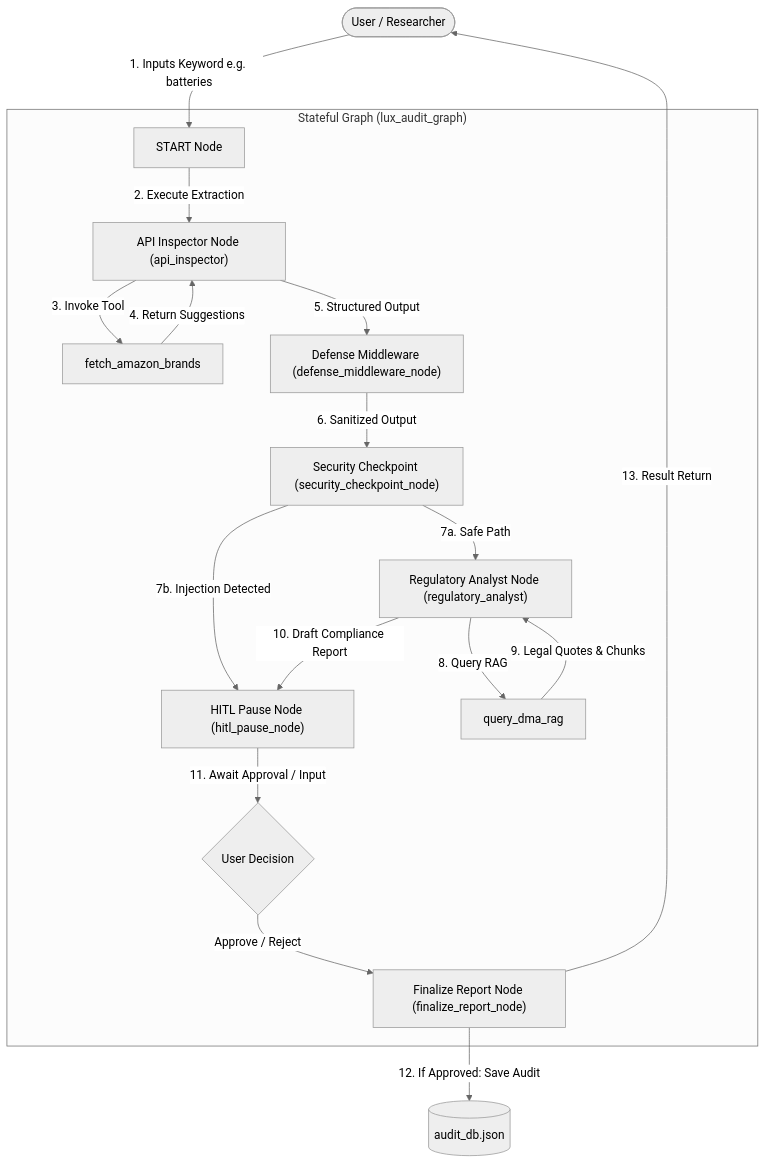
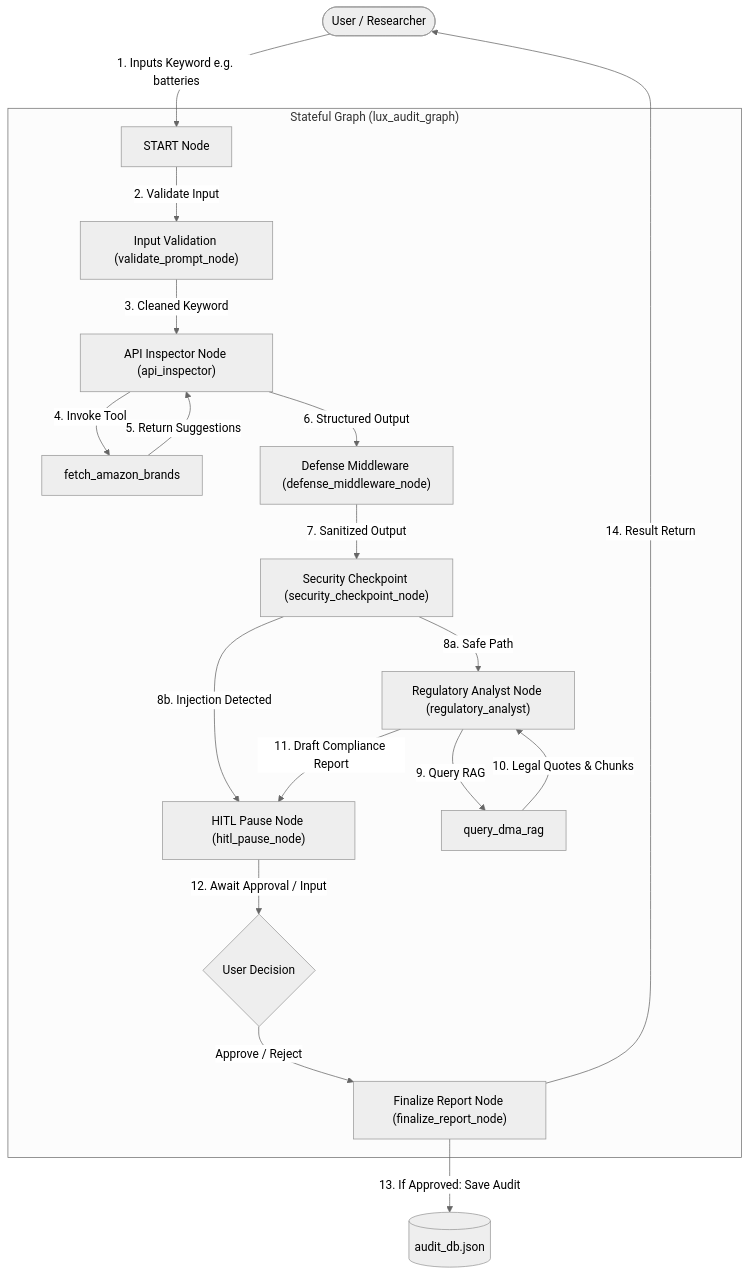
One commit to tinhct/lux-agent changed the diagram in README.md. Above: the diagram before and after it, drawn with Mermaid (neutral theme). The commit also changed other lines of this file, not shown here.

Commit message:
Update README architecture diagram and safeguards to include validate_prompt_node

````diff
--- a/README.md
+++ b/README.md
@@ -50,25 +50,26 @@
 ```mermaid
 graph TD
     User([User / Researcher]) -->|1. Inputs Keyword e.g. batteries| START
     
     subgraph Workflow ["Stateful Graph (lux_audit_graph)"]
-        START[START Node] -->|2. Execute Extraction| API["API Inspector Node (api_inspector)"]
-        API -->|3. Invoke Tool| Tool1["fetch_amazon_brands"]
-        Tool1 -->|4. Return Suggestions| API
-        API -->|5. Structured Output| DM["Defense Middleware (defense_middleware_node)"]
-        DM -->|6. Sanitized Output| SC["Security Checkpoint (security_checkpoint_node)"]
+        START[START Node] -->|2. Validate Input| VAL["Input Validation (validate_prompt_node)"]
+        VAL -->|3. Cleaned Keyword| API["API Inspector Node (api_inspector)"]
+        API -->|4. Invoke Tool| Tool1["fetch_amazon_brands"]
+        Tool1 -->|5. Return Suggestions| API
+        API -->|6. Structured Output| DM["Defense Middleware (defense_middleware_node)"]
+        DM -->|7. Sanitized Output| SC["Security Checkpoint (security_checkpoint_node)"]
         
-        SC -->|7a. Safe Path| RA["Regulatory Analyst Node (regulatory_analyst)"]
-        SC -->|7b. Injection Detected| HITL["HITL Pause Node (hitl_pause_node)"]
+        SC -->|8a. Safe Path| RA["Regulatory Analyst Node (regulatory_analyst)"]
+        SC -->|8b. Injection Detected| HITL["HITL Pause Node (hitl_pause_node)"]
         
-        RA -->|8. Query RAG| Tool2["query_dma_rag"]
-        Tool2 -->|9. Legal Quotes & Chunks| RA
-        RA -->|10. Draft Compliance Report| HITL
+        RA -->|9. Query RAG| Tool2["query_dma_rag"]
+        Tool2 -->|10. Legal Quotes & Chunks| RA
+        RA -->|11. Draft Compliance Report| HITL
         
-        HITL -->|11. Await Approval / Input| HITL_Approve{User Decision}
+        HITL -->|12. Await Approval / Input| HITL_Approve{User Decision}
         HITL_Approve -->|Approve / Reject| FR["Finalize Report Node (finalize_report_node)"]
     end
     
-    FR -->|12. If Approved: Save Audit| DB[(audit_db.json)]
-    FR -->|13. Result Return| User
+    FR -->|13. If Approved: Save Audit| DB[(audit_db.json)]
+    FR -->|14. Result Return| User
 ```
````
